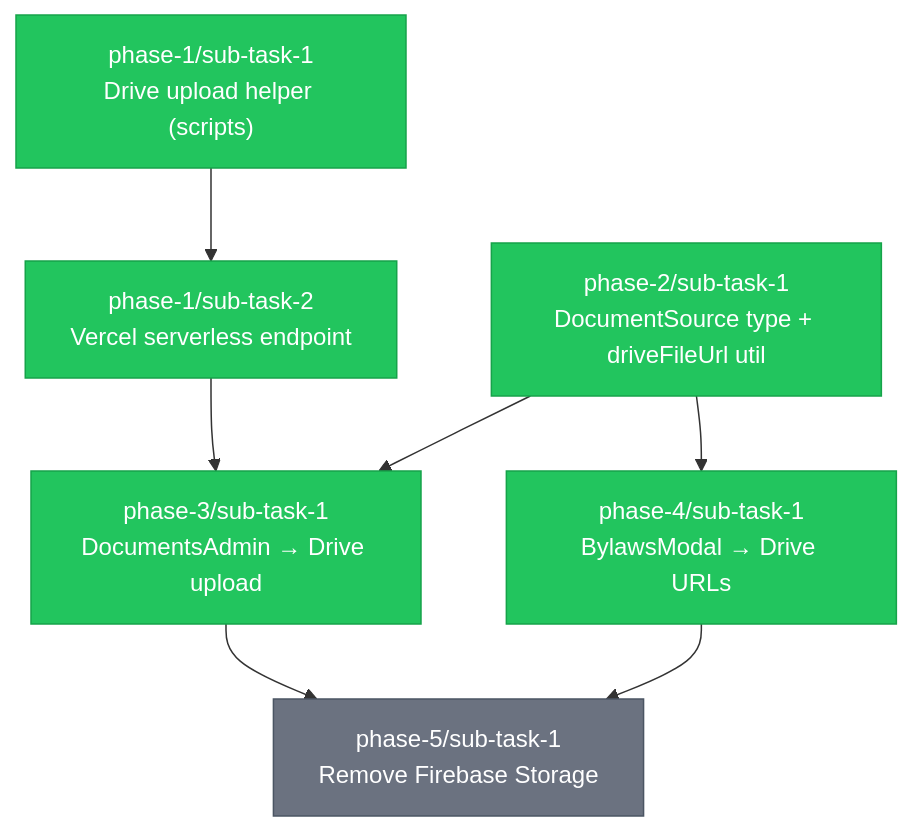
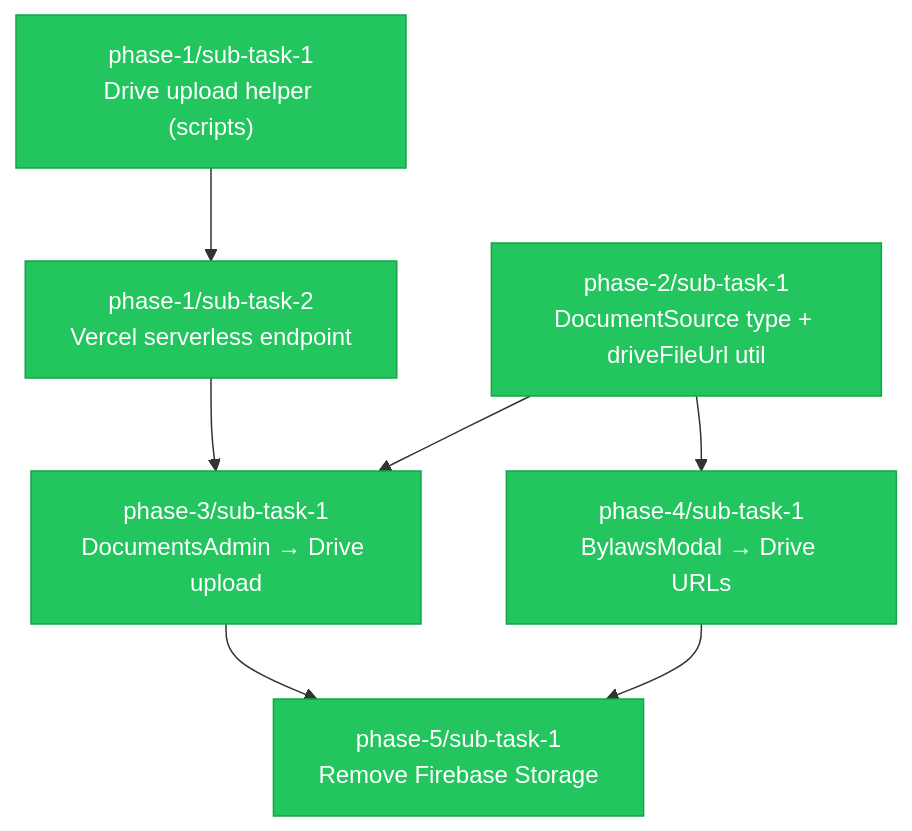
One commit to Bagwell-Oil-Imaging/late-night-happy-hour-league-site changed the diagram in .claude/tasks/TASKS.md. Above: the diagram before and after it, drawn with Mermaid. The commit also changed other lines of this file, not shown here.

````diff
--- a/.claude/tasks/TASKS.md
+++ b/.claude/tasks/TASKS.md
@@ -18,40 +18,40 @@
 ```mermaid
 graph TD
     %% Phase 1: Infrastructure
     P1T1["phase-1/sub-task-1<br/>Drive upload helper (scripts)"]
     P1T2["phase-1/sub-task-2<br/>Vercel serverless endpoint"]
 
     %% Phase 2: Types & Utilities
     P2T1["phase-2/sub-task-1<br/>DocumentSource type + driveFileUrl util"]
 
     %% Phase 3: Admin UI
     P3T1["phase-3/sub-task-1<br/>DocumentsAdmin → Drive upload"]
 
     %% Phase 4: Frontend
     P4T1["phase-4/sub-task-1<br/>BylawsModal → Drive URLs"]
 
     %% Phase 5: Cleanup
     P5T1["phase-5/sub-task-1<br/>Remove Firebase Storage"]
 
     %% Dependencies
     P1T1 --> P1T2
     P1T2 --> P3T1
     P2T1 --> P3T1
     P2T1 --> P4T1
     P3T1 --> P5T1
     P4T1 --> P5T1
 
     %% Status styling
     classDef completed fill:#22c55e,stroke:#16a34a,color:#fff
     classDef inprogress fill:#eab308,stroke:#ca8a04,color:#fff
     classDef pending fill:#6b7280,stroke:#4b5563,color:#fff
     classDef blocked fill:#ef4444,stroke:#dc2626,color:#fff
 
     %% Apply status classes
     class P1T1 completed
     class P1T2 completed
     class P2T1 completed
     class P3T1 completed
     class P4T1 completed
-    class P5T1 pending
+    class P5T1 completed
 ```
````
